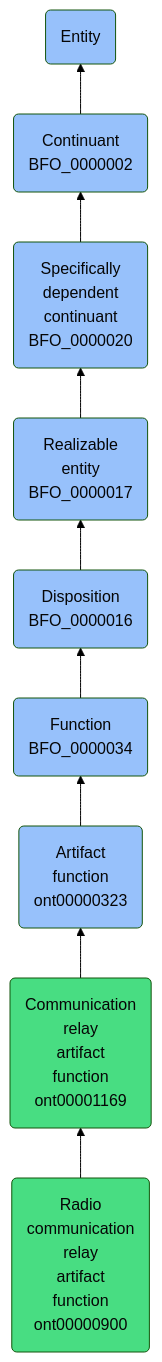
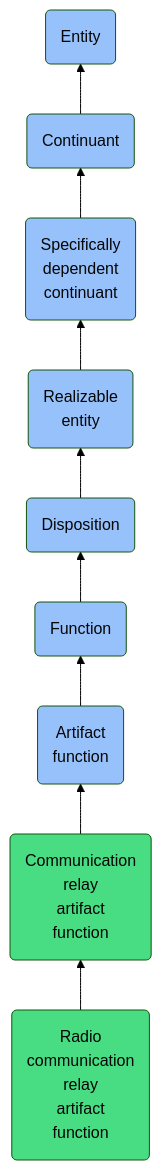
One commit to jupyter-naas/abi changed the diagram in docs/ontology/reference/model/Entity/Continuant/Specifically dependent continuant/Realizable entity/Disposition/Function/Artifact function/Communication relay artifact function/Radio communication relay artifact function/Radio communication relay artifact function.md. Above: the diagram before and after it, drawn with Mermaid (forest theme). The commit also changed other lines of this file and 1430 other files, not shown here.

````diff
--- a/docs/ontology/reference/model/Entity/Continuant/Specifically dependent continuant/Realizable entity/Disposition/Function/Artifact function/Communication relay artifact function/Radio communication relay artifact function/Radio communication relay artifact function.md
+++ b/docs/ontology/reference/model/Entity/Continuant/Specifically dependent continuant/Realizable entity/Disposition/Function/Artifact function/Communication relay artifact function/Radio communication relay artifact function/Radio communication relay artifact function.md
@@ -24,16 +24,16 @@
 ```mermaid
 graph BT
-    ont00000900(Radio<br>communication<br>relay<br>artifact<br>function<br>ont00000900):::ABI-->ont00001169
-    ont00001169(Communication<br>relay<br>artifact<br>function<br>ont00001169):::ABI-->ont00000323
-    ont00000323(Artifact<br>function<br>ont00000323):::BFO-->BFO_0000034
-    BFO_0000034(Function<br>BFO_0000034):::BFO-->BFO_0000016
-    BFO_0000016(Disposition<br>BFO_0000016):::BFO-->BFO_0000017
-    BFO_0000017(Realizable<br>entity<br>BFO_0000017):::BFO-->BFO_0000020
-    BFO_0000020(Specifically<br>dependent<br>continuant<br>BFO_0000020):::BFO-->BFO_0000002
-    BFO_0000002(Continuant<br>BFO_0000002):::BFO-->BFO_0000001
+    ont00000900(Radio<br>communication<br>relay<br>artifact<br>function):::ABI-->ont00001169
+    ont00001169(Communication<br>relay<br>artifact<br>function):::ABI-->ont00000323
+    ont00000323(Artifact<br>function):::BFO-->BFO_0000034
+    BFO_0000034(Function):::BFO-->BFO_0000016
+    BFO_0000016(Disposition):::BFO-->BFO_0000017
+    BFO_0000017(Realizable<br>entity):::BFO-->BFO_0000020
+    BFO_0000020(Specifically<br>dependent<br>continuant):::BFO-->BFO_0000002
+    BFO_0000002(Continuant):::BFO-->BFO_0000001
     BFO_0000001(Entity):::BFO
     
     classDef BFO fill:#97c1fb,color:#060606
     classDef CCO fill:#e4c51e,color:#060606
     classDef ABI fill:#48DD82,color:#060606
 ```
````
